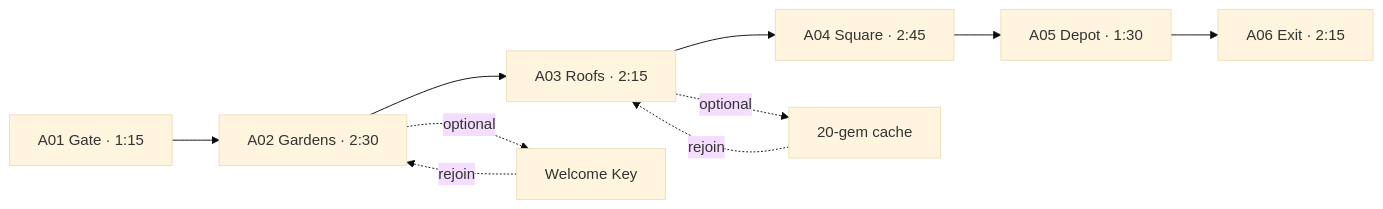
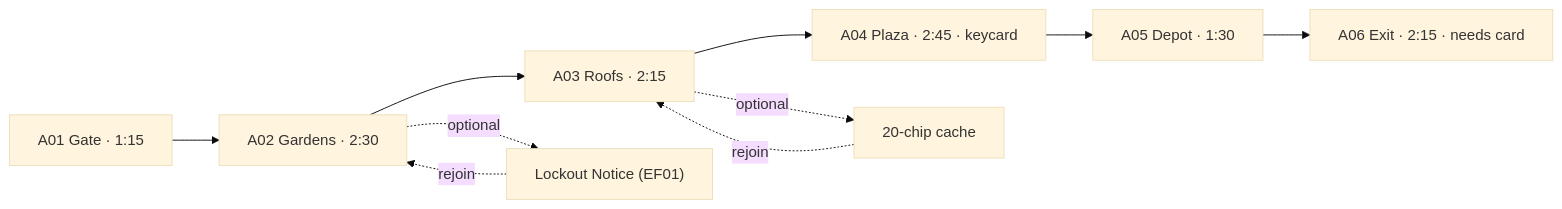
The diagram in prototype-plans/level-01-sunnyvale/README.md (ShehanEk/project-dave), drawn with Mermaid (base theme) before and after one commit. The commit also changed other lines of this file and 166 other files, not shown here.

```diff
--- a/prototype-plans/level-01-sunnyvale/README.md
+++ b/prototype-plans/level-01-sunnyvale/README.md
@@ -37,12 +59,12 @@
 ~~~mermaid
 flowchart LR
     A01["A01 Gate · 1:15"] --> A02["A02 Gardens · 2:30"]
     A02 --> A03["A03 Roofs · 2:15"]
-    A03 --> A04["A04 Square · 2:45"]
+    A03 --> A04["A04 Plaza · 2:45 · keycard"]
     A04 --> A05["A05 Depot · 1:30"]
-    A05 --> A06["A06 Exit · 2:15"]
-    A02 -. optional .-> O1["Welcome Key"]
+    A05 --> A06["A06 Exit · 2:15 · needs card"]
+    A02 -. optional .-> O1["Lockout Notice (EF01)"]
     O1 -. rejoin .-> A02
-    A03 -. optional .-> O2["20-gem cache"]
+    A03 -. optional .-> O2["20-chip cache"]
     O2 -. rejoin .-> A03
 ~~~
```
